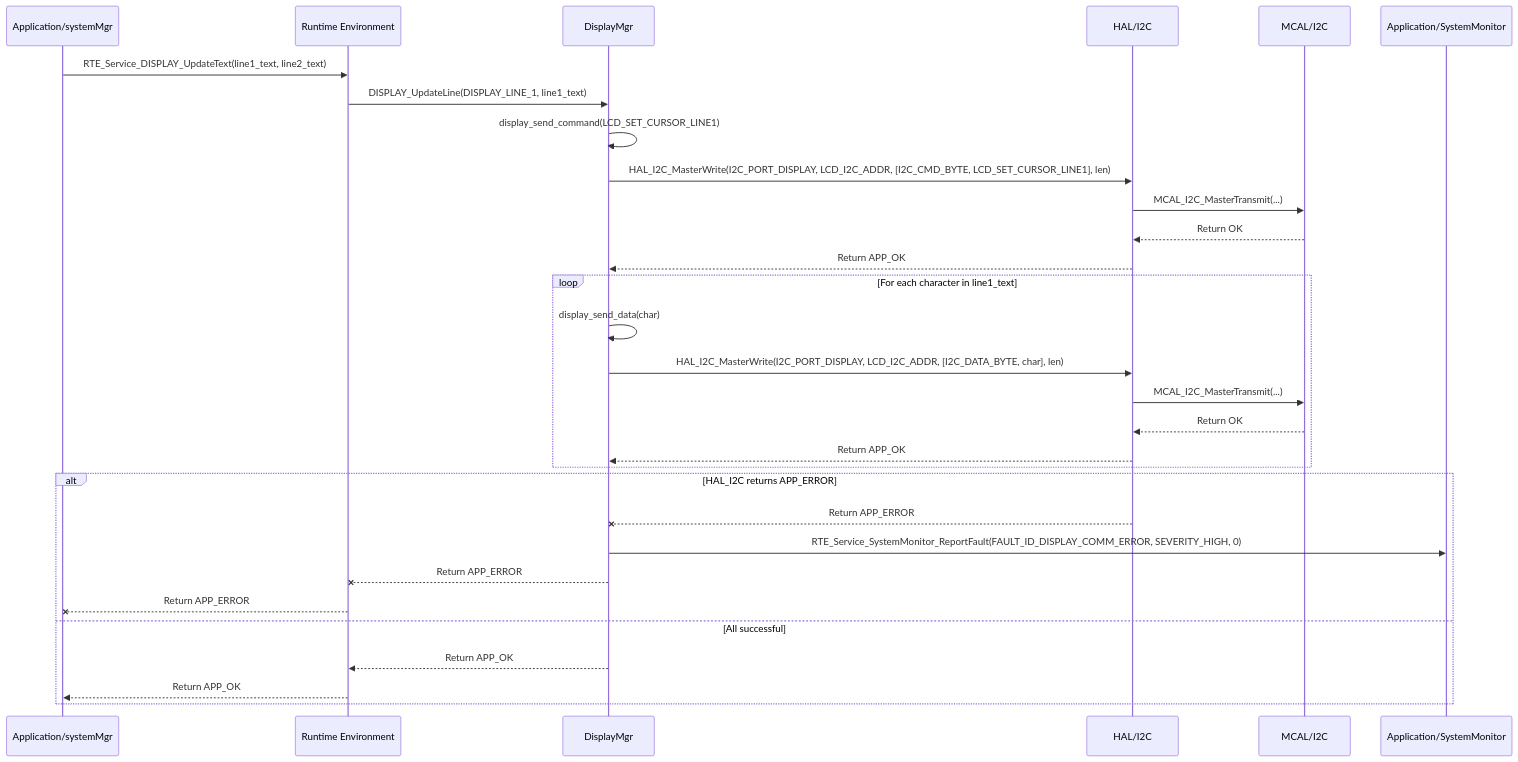
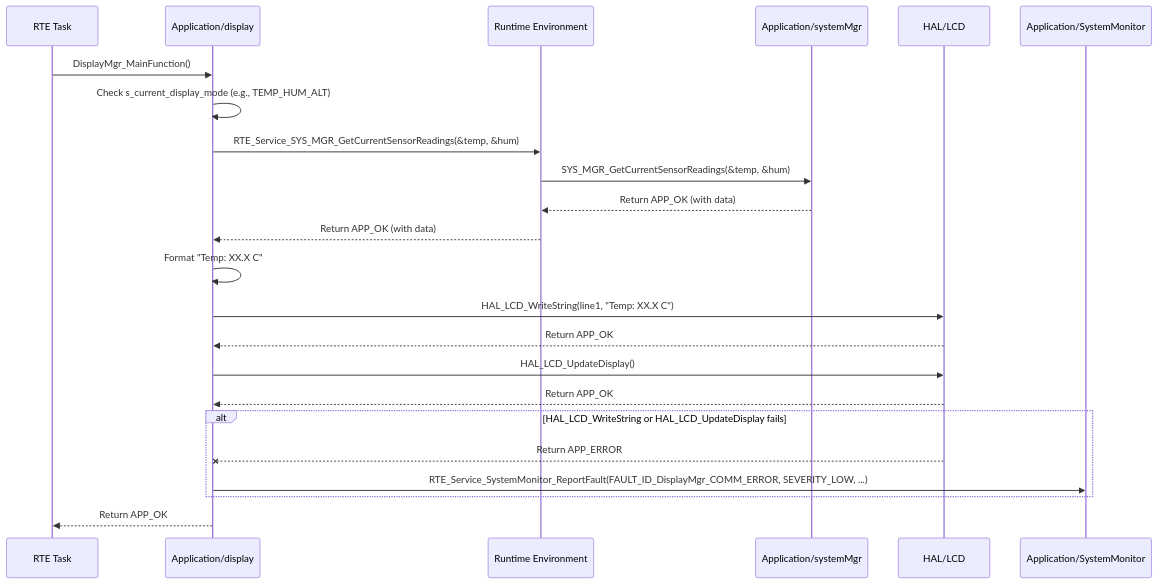
The diagram in Requiremets/Design/Application/DisplayMgr.md (ashaker-2/Platform), drawn with Mermaid before and after one commit. The commit also changed other lines of this file and 26 other files, not shown here.

````diff
--- a/Requiremets/Design/Application/DisplayMgr.md
+++ b/Requiremets/Design/Application/DisplayMgr.md
@@ -143,33 +199,26 @@
 ```mermaid
 sequenceDiagram  
+    participant RTE_DisplayAlarmTask as RTE Task  
+    participant Display as Application/display  
+    participant RTE as Runtime Environment  
     participant SystemMgr as Application/systemMgr  
-    participant RTE as Runtime Environment  
-    participant Display as DisplayMgr  
-    participant HAL_I2C as HAL/I2C  
-    participant MCAL_I2C as MCAL/I2C  
+    participant HAL_LCD as HAL/LCD  
     participant SystemMonitor as Application/SystemMonitor
 
-    SystemMgr->>RTE: RTE_Service_DISPLAY_UpdateText(line1_text, line2_text)  
-    RTE->>Display: DISPLAY_UpdateLine(DISPLAY_LINE_1, line1_text)  
-    Display->>Display: display_send_command(LCD_SET_CURSOR_LINE1)  
-    Display->>HAL_I2C: HAL_I2C_MasterWrite(I2C_PORT_DISPLAY, LCD_I2C_ADDR, [I2C_CMD_BYTE, LCD_SET_CURSOR_LINE1], len)  
-    HAL_I2C->>MCAL_I2C: MCAL_I2C_MasterTransmit(...)  
-    MCAL_I2C-->>HAL_I2C: Return OK  
-    HAL_I2C-->>Display: Return APP_OK  
-    loop For each character in line1_text  
-        Display->>Display: display_send_data(char)  
-        Display->>HAL_I2C: HAL_I2C_MasterWrite(I2C_PORT_DISPLAY, LCD_I2C_ADDR, [I2C_DATA_BYTE, char], len)  
-        HAL_I2C->>MCAL_I2C: MCAL_I2C_MasterTransmit(...)  
-        MCAL_I2C-->>HAL_I2C: Return OK  
-        HAL_I2C-->>Display: Return APP_OK  
+    RTE_DisplayAlarmTask->>Display: DisplayMgr_MainFunction()  
+    Display->>Display: Check s_current_display_mode (e.g., TEMP_HUM_ALT)  
+    Display->>RTE: RTE_Service_SYS_MGR_GetCurrentSensorReadings(&temp, &hum)  
+    RTE->>SystemMgr: SYS_MGR_GetCurrentSensorReadings(&temp, &hum)  
+    SystemMgr-->>RTE: Return APP_OK (with data)  
+    RTE-->>Display: Return APP_OK (with data)  
+    Display->>Display: Format "Temp: XX.X C"  
+    Display->>HAL_LCD: HAL_LCD_WriteString(line1, "Temp: XX.X C")  
+    HAL_LCD-->>Display: Return APP_OK  
+    Display->>HAL_LCD: HAL_LCD_UpdateDisplay()  
+    HAL_LCD-->>Display: Return APP_OK  
+    alt HAL_LCD_WriteString or HAL_LCD_UpdateDisplay fails  
+        HAL_LCD--xDisplay: Return APP_ERROR  
+        Display->>SystemMonitor: RTE_Service_SystemMonitor_ReportFault(FAULT_ID_DisplayMgr_COMM_ERROR, SEVERITY_LOW, ...)  
     end  
-    alt HAL_I2C returns APP_ERROR  
-        HAL_I2C--xDisplay: Return APP_ERROR  
-        Display->>SystemMonitor: RTE_Service_SystemMonitor_ReportFault(FAULT_ID_DISPLAY_COMM_ERROR, SEVERITY_HIGH, 0)  
-        Display--xRTE: Return APP_ERROR  
-        RTE--xSystemMgr: Return APP_ERROR  
-    else All successful  
-        Display-->>RTE: Return APP_OK  
-        RTE-->>SystemMgr: Return APP_OK  
-    end
+    Display-->>RTE_DisplayAlarmTask: Return APP_OK
 ```
````
